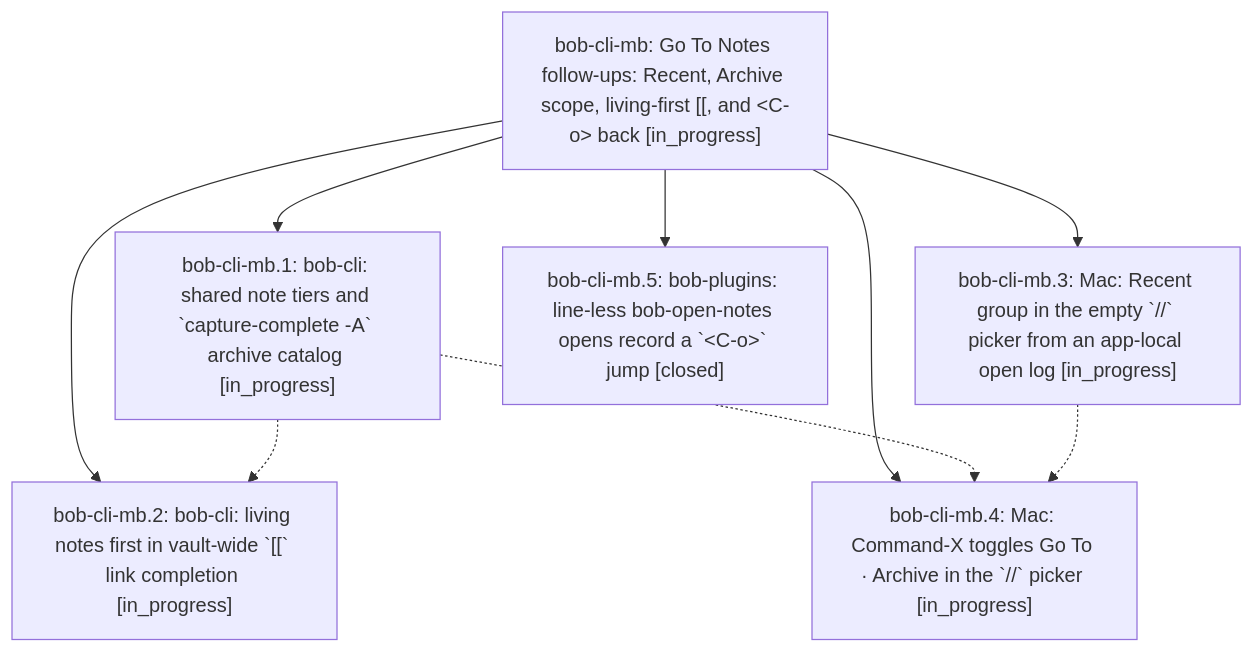
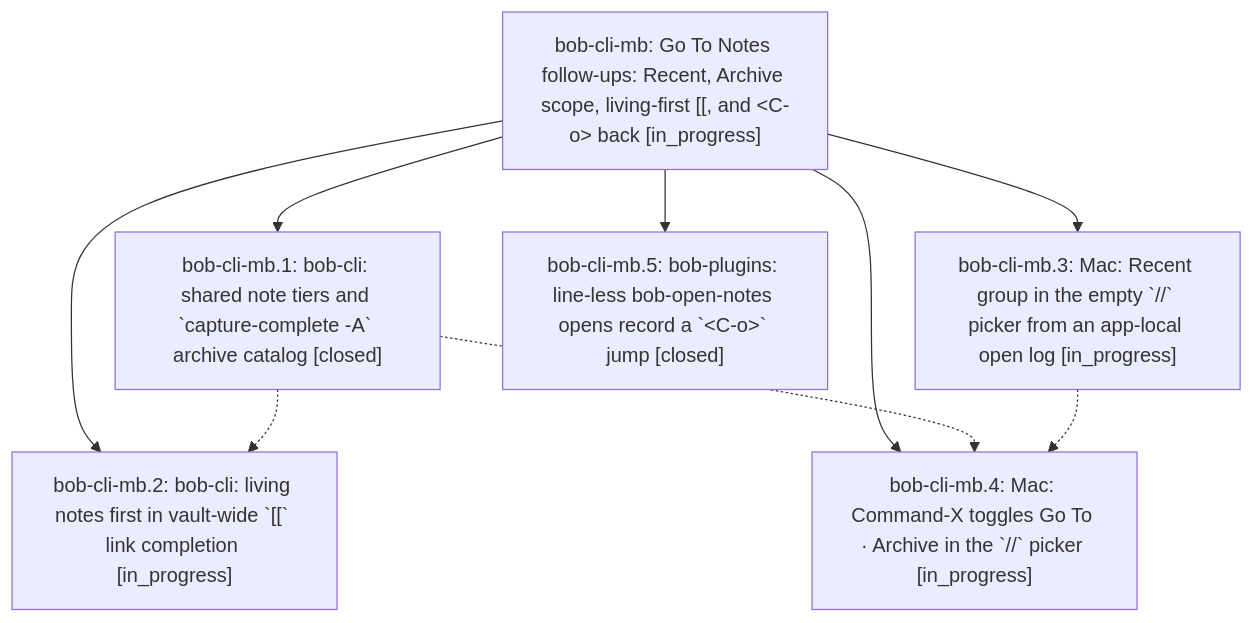
The diagram in pages/bob-cli-mb/README.md (bobs-org/bob-cli--beads), drawn with Mermaid before and after one commit. The commit also changed other lines of this file and 5 other files, not shown here.

First line of the commit message:
chore(beads): sync bead state and pages for bob-cli-mb

````diff
--- a/pages/bob-cli-mb/README.md
+++ b/pages/bob-cli-mb/README.md
@@ -38,17 +38,17 @@
 ```mermaid
 flowchart TD
     n0["bob-cli-mb: Go To Notes follow-ups: Recent, Archive scope, living-first [[, and &lt;C-o&gt; back [in_progress]"]
-    n1["bob-cli-mb.1: bob-cli: shared note tiers and `capture-complete -A` archive catalog [in_progress]"]
+    n1["bob-cli-mb.1: bob-cli: shared note tiers and `capture-complete -A` archive catalog [closed]"]
     n2["bob-cli-mb.2: bob-cli: living notes first in vault-wide `[[` link completion [in_progress]"]
     n3["bob-cli-mb.3: Mac: Recent group in the empty `//` picker from an app-local open log [in_progress]"]
     n4["bob-cli-mb.4: Mac: Command-X toggles Go To · Archive in the `//` picker [in_progress]"]
     n5["bob-cli-mb.5: bob-plugins: line-less bob-open-notes opens record a `&lt;C-o&gt;` jump [closed]"]
     n0 --> n1
     n0 --> n2
     n0 --> n3
     n0 --> n4
     n0 --> n5
     n1 -.-> n2
     n1 -.-> n4
     n3 -.-> n4
 ```
````
